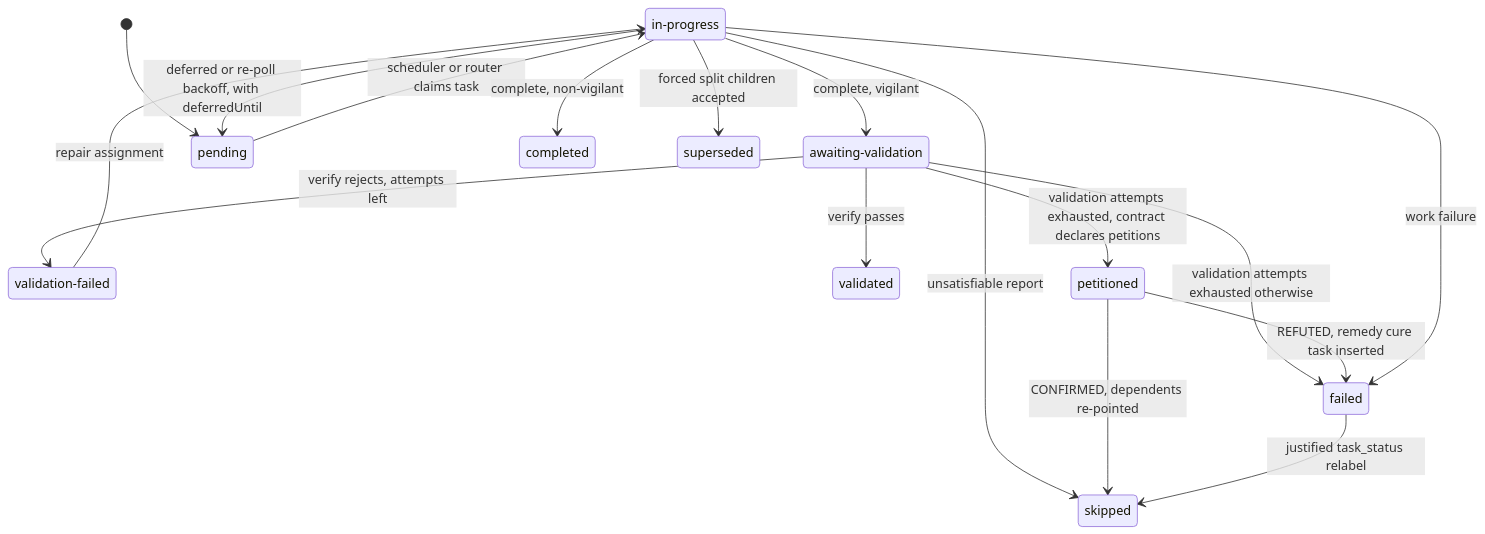
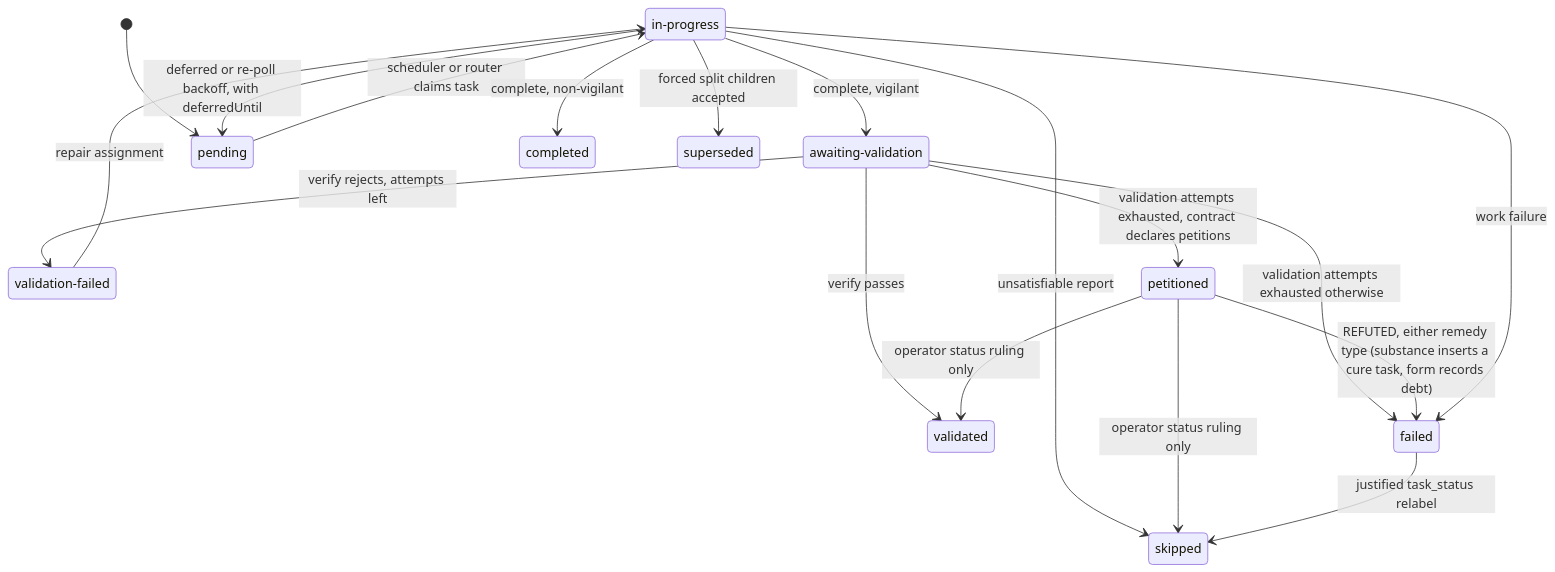
Before and after one commit to n-orlov/ralphd: the fourth of 10 diagrams in docs/solution-tech-spec.md, drawn with Mermaid. The commit also changed other lines of this file and 65 other files, not shown here.

````diff
--- a/docs/solution-tech-spec.md
+++ b/docs/solution-tech-spec.md
@@ -564,22 +643,23 @@
 ```mermaid
 stateDiagram-v2
     state "in-progress" as active
     state "awaiting-validation" as awaiting
     state "validation-failed" as validationFailed
     [*] --> pending
     pending --> active: scheduler or router claims task
     active --> completed: complete, non-vigilant
     active --> awaiting: complete, vigilant
     awaiting --> validated: verify passes
     awaiting --> validationFailed: verify rejects, attempts left
     validationFailed --> active: repair assignment
     awaiting --> petitioned: validation attempts exhausted, contract declares petitions
     awaiting --> failed: validation attempts exhausted otherwise
     active --> pending: deferred or re-poll backoff, with deferredUntil
     active --> superseded: forced split children accepted
     active --> skipped: unsatisfiable report
-    petitioned --> failed: REFUTED, remedy cure task inserted
-    petitioned --> skipped: CONFIRMED, dependents re-pointed
+    petitioned --> failed: REFUTED, either remedy type (substance inserts a cure task, form records debt)
+    petitioned --> validated: operator status ruling only
+    petitioned --> skipped: operator status ruling only
     active --> failed: work failure
     failed --> skipped: justified task_status relabel
 ```
````
